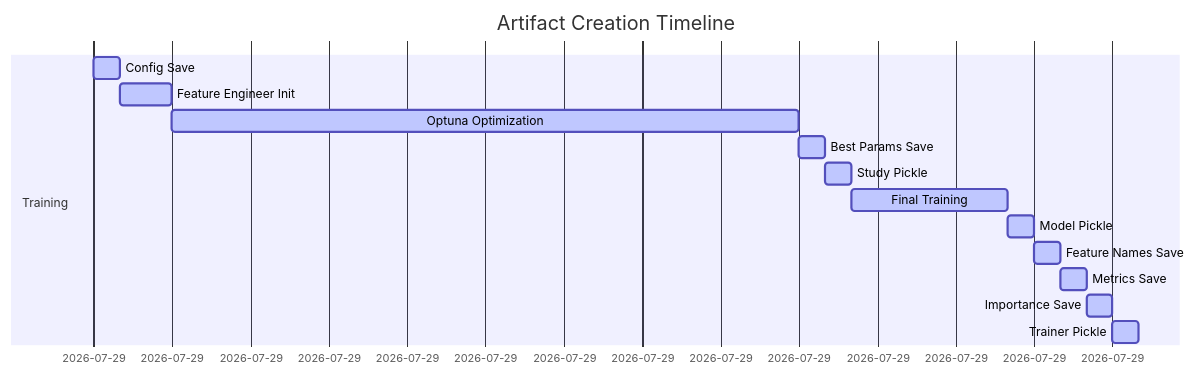
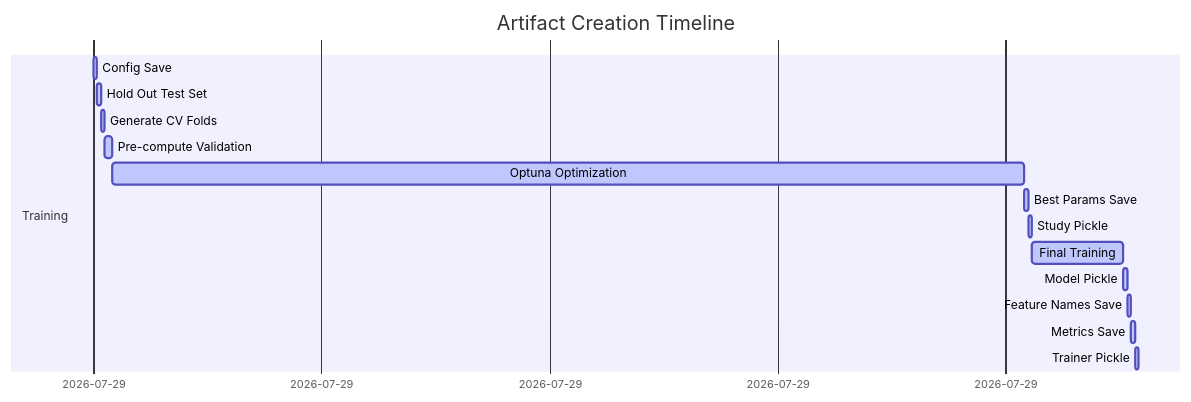
One commit to Pascal-Fortin/geoai_aquaculture changed the sixth of 10 diagrams in docs/architecture/training_pipeline.md. Above: the diagram before and after it, drawn with Mermaid. The commit also changed other lines of this file and 1 other file, not shown here.

Commit message:
Updated documentation to reflect changes to Optuna Stratified K-Fold CV strategy.

````diff
--- a/docs/architecture/training_pipeline.md
+++ b/docs/architecture/training_pipeline.md
@@ -1123,17 +857,18 @@
 ```mermaid
 gantt
     title Artifact Creation Timeline
     dateFormat  HH:mm:ss
     section Training
     Config Save           :active, cs1, 00:00:00, 5s
-    Feature Engineer Init :active, fe1, 00:00:05, 10s
-    Optuna Optimization   :active, opt, 00:00:15, 2m
-    Best Params Save      :active, bp, 00:02:15, 5s
-    Study Pickle          :active, sp, 00:02:20, 5s
-    Final Training        :active, ft, 00:02:25, 30s
-    Model Pickle          :active, mp, 00:02:55, 5s
-    Feature Names Save    :active, fn, 00:03:00, 5s
-    Metrics Save          :active, me, 00:03:05, 5s
-    Importance Save       :active, fi, 00:03:10, 5s
-    Trainer Pickle        :active, tp, 00:03:15, 5s
+    Hold Out Test Set     :active, hot, 00:00:05, 5s
+    Generate CV Folds     :active, gc, 00:00:10, 5s
+    Pre-compute Validation:active, pv, 00:00:15, 10s
+    Optuna Optimization   :active, opt, 00:00:25, 20m
+    Best Params Save      :active, bp, 00:20:25, 5s
+    Study Pickle          :active, sp, 00:20:30, 5s
+    Final Training        :active, ft, 00:20:35, 2m
+    Model Pickle          :active, mp, 00:22:35, 5s
+    Feature Names Save    :active, fn, 00:22:40, 5s
+    Metrics Save          :active, me, 00:22:45, 5s
+    Trainer Pickle        :active, tp, 00:22:50, 5s
 ```
````
